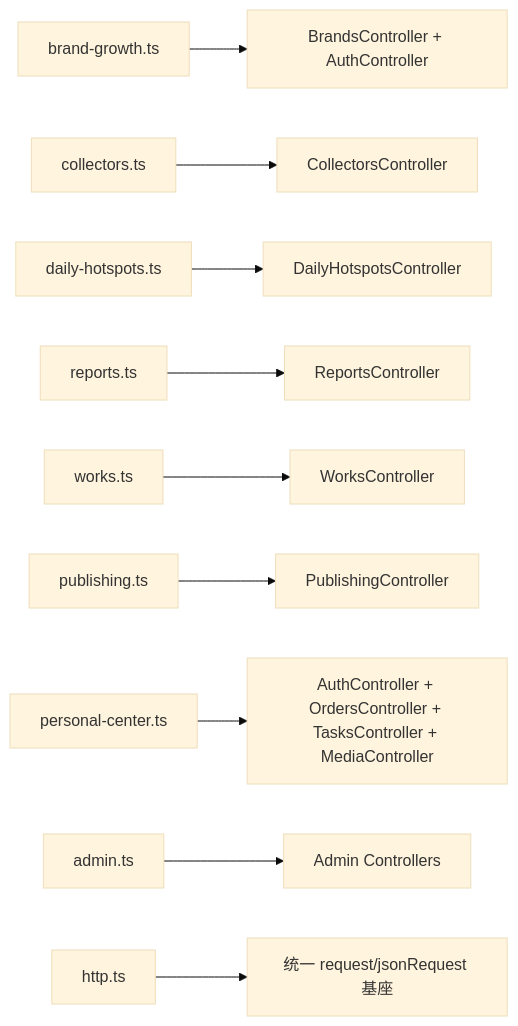
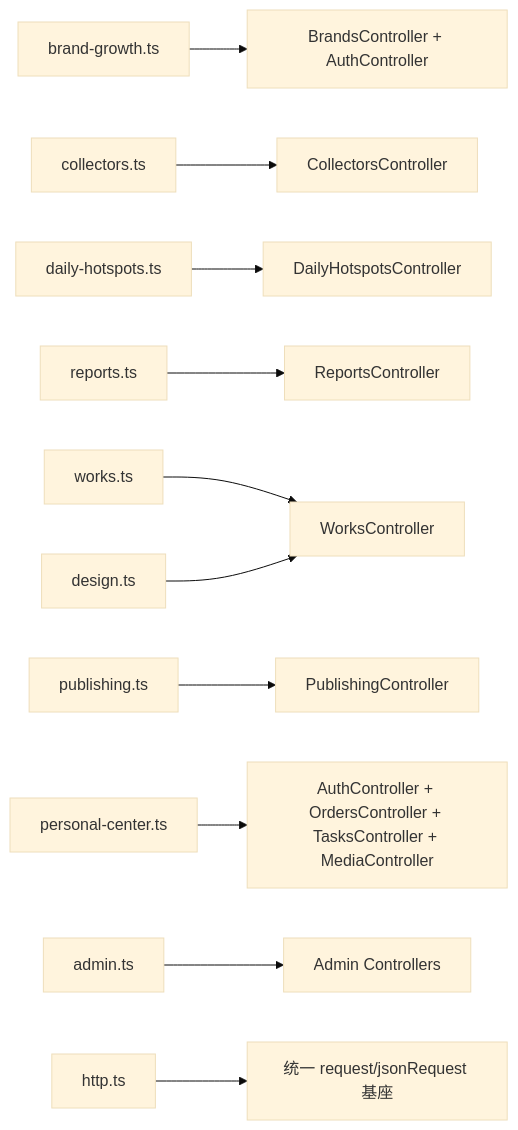
Diagram 11 of 14 in docs/site-map-mermaid.md (Depthukesh/ai-omni-ops-system), drawn with Mermaid (base theme) before and after one commit. The commit also changed other lines of this file and 8 other files, not shown here.

````diff
--- a/docs/site-map-mermaid.md
+++ b/docs/site-map-mermaid.md
@@ -644,12 +684,13 @@
 ```mermaid
 flowchart LR
     S1["brand-growth.ts"] --> A1["BrandsController + AuthController"]
     S2["collectors.ts"] --> A2["CollectorsController"]
     S3["daily-hotspots.ts"] --> A3["DailyHotspotsController"]
     S4["reports.ts"] --> A4["ReportsController"]
     S5["works.ts"] --> A5["WorksController"]
     S6["publishing.ts"] --> A6["PublishingController"]
     S7["personal-center.ts"] --> A7["AuthController + OrdersController + TasksController + MediaController"]
     S8["admin.ts"] --> A8["Admin Controllers"]
+    S10["design.ts"] --> A5
     S9["http.ts"] --> A9["统一 request/jsonRequest 基座"]
 ```
````
